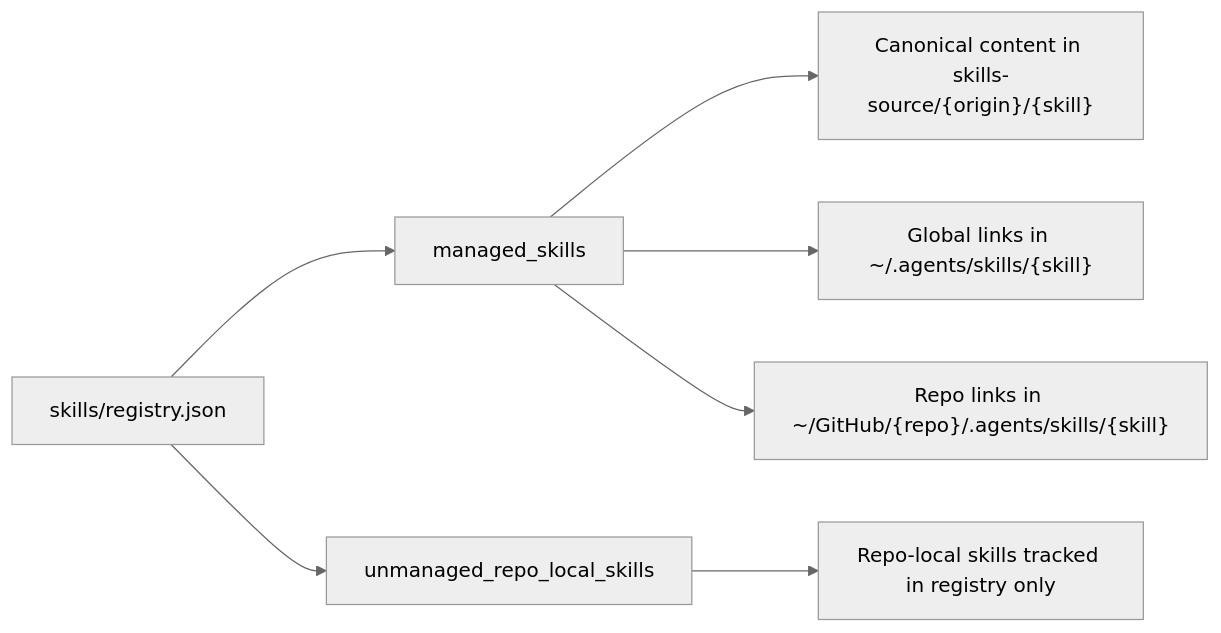
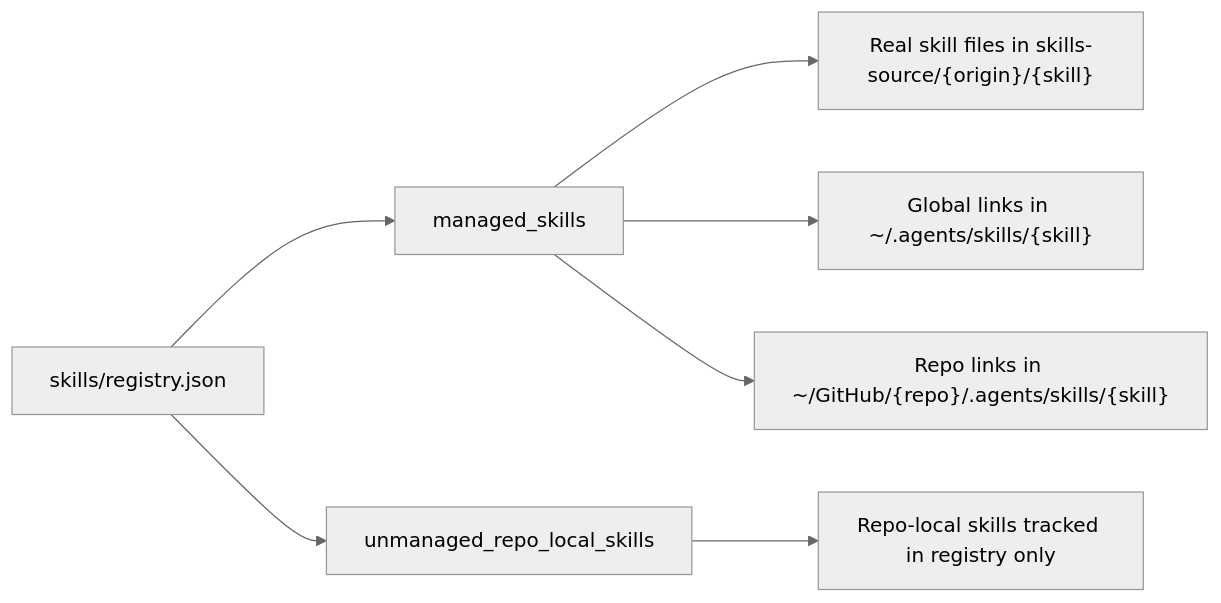
Before and after one commit to wisdom-in-a-nutshell/.agents: the first of 4 diagrams in docs/references/skills-registry.md, drawn with Mermaid (neutral theme). The commit also changed other lines of this file, not shown here.

````diff
--- a/docs/references/skills-registry.md
+++ b/docs/references/skills-registry.md
@@ -7,12 +13,12 @@
 ```mermaid
 flowchart LR
     R["skills/registry.json"]
     R --> M["managed_skills"]
     R --> U["unmanaged_repo_local_skills"]
 
-    M --> SRC["Canonical content in skills-source/{origin}/{skill}"]
+    M --> SRC["Real skill files in skills-source/{origin}/{skill}"]
     M --> G["Global links in ~/.agents/skills/{skill}"]
     M --> P["Repo links in ~/GitHub/{repo}/.agents/skills/{skill}"]
 
     U --> LOCAL["Repo-local skills tracked in registry only"]
 ```
````
